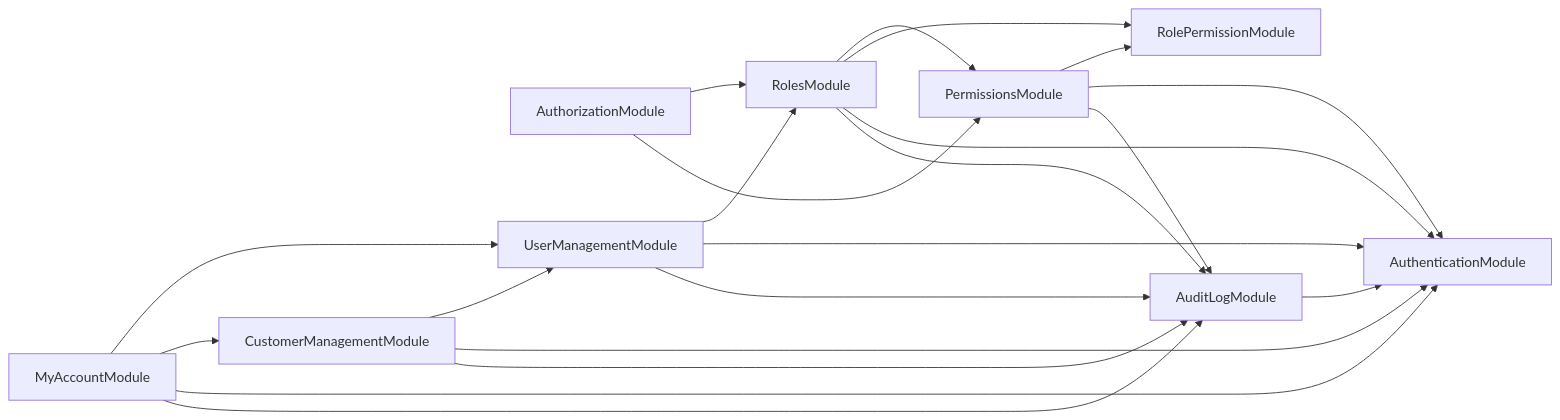
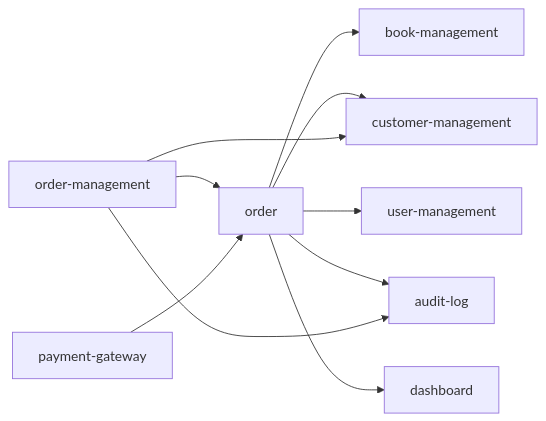
One commit to pham-dinh-thai/bookify-ecommerce-bookstore changed the fourth of 5 diagrams in docs/architecture/module-dependency-diagram.md. Above: the diagram before and after it, drawn with Mermaid. The commit also changed other lines of this file and 1 other file, not shown here.

````diff
--- a/docs/architecture/module-dependency-diagram.md
+++ b/docs/architecture/module-dependency-diagram.md
@@ -70,39 +125,23 @@
 ```mermaid
 flowchart LR
-  Authentication["AuthenticationModule"]
-  Authorization["AuthorizationModule"]
-  Roles["RolesModule"]
-  Permissions["PermissionsModule"]
-  RolePermission["RolePermissionModule"]
-  UserManagement["UserManagementModule"]
-  CustomerManagement["CustomerManagementModule"]
-  MyAccount["MyAccountModule"]
-  AuditLog["AuditLogModule"]
+  order["order"]
+  orderManagement["order-management"]
+  paymentGateway["payment-gateway"]
+  bookManagement["book-management"]
+  customerManagement["customer-management"]
+  userManagement["user-management"]
+  auditLog["audit-log"]
+  dashboard["dashboard"]
 
-  Authorization --> Roles
-  Authorization --> Permissions
+  order --> bookManagement
+  order --> customerManagement
+  order --> userManagement
+  order --> auditLog
+  order --> dashboard
 
-  Roles --> Permissions
-  Roles --> RolePermission
-  Roles --> Authentication
-  Roles --> AuditLog
+  orderManagement --> order
+  orderManagement --> customerManagement
+  orderManagement --> auditLog
 
-  Permissions --> RolePermission
-  Permissions --> Authentication
-  Permissions --> AuditLog
-
-  UserManagement --> Roles
-  UserManagement --> Authentication
-  UserManagement --> AuditLog
-
-  CustomerManagement --> UserManagement
-  CustomerManagement --> Authentication
-  CustomerManagement --> AuditLog
-
-  MyAccount --> UserManagement
-  MyAccount --> CustomerManagement
-  MyAccount --> Authentication
-  MyAccount --> AuditLog
-
-  AuditLog --> Authentication
+  paymentGateway --> order
 ```
````
